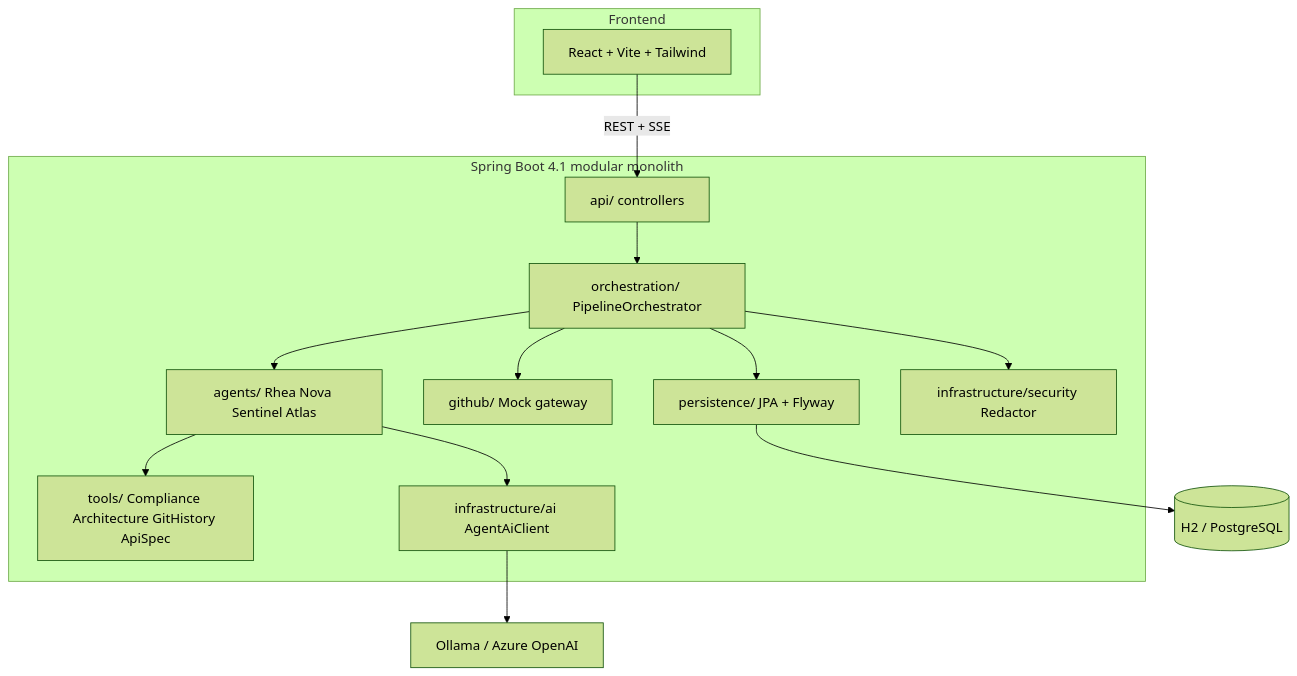
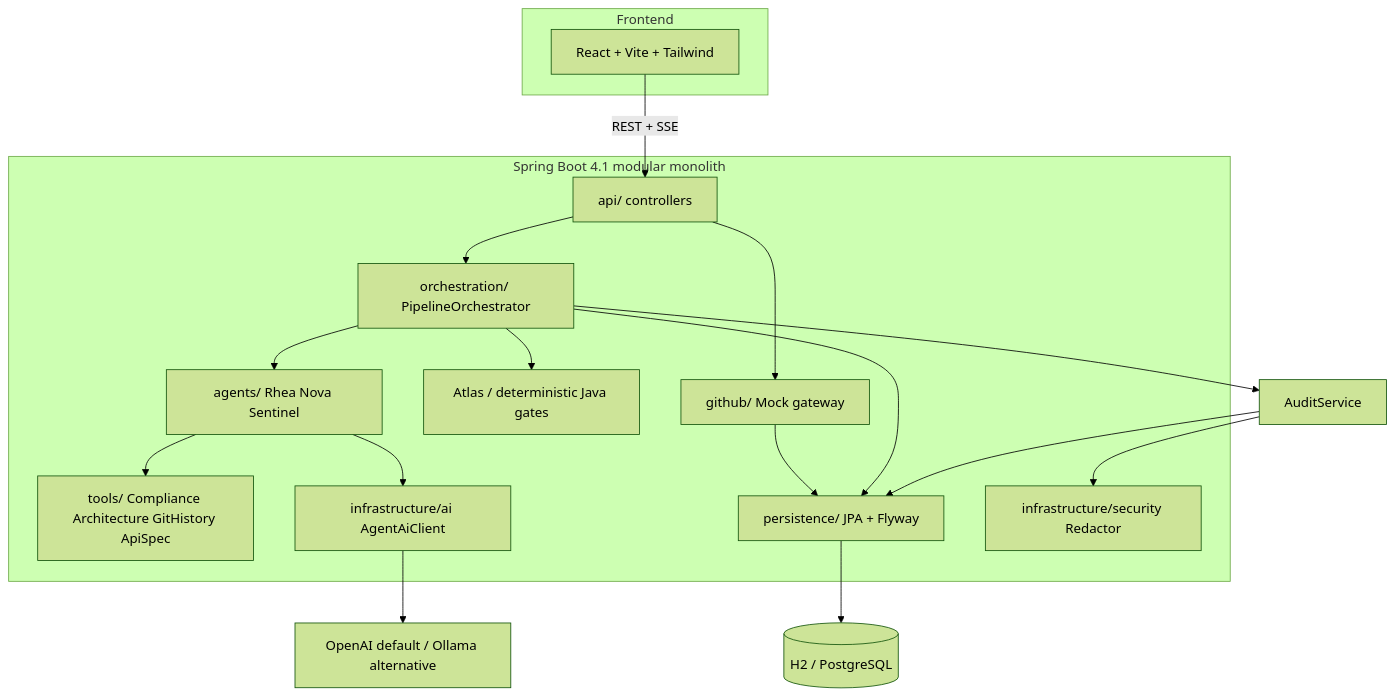
The first of 5 diagrams in docs/architecture.md (harshvishu/enterprise-copilot), drawn with Mermaid (forest theme) before and after one commit. The commit also changed other lines of this file and 39 other files, not shown here.

````diff
--- a/docs/architecture.md
+++ b/docs/architecture.md
@@ -9,28 +9,32 @@
 ```mermaid
 graph TD
 
     subgraph Frontend
         UI[React + Vite + Tailwind]
     end
 
     subgraph Backend[Spring Boot 4.1 modular monolith]
         API[api/ controllers]
         ORCH[orchestration/ PipelineOrchestrator]
-        AG[agents/ Rhea Nova Sentinel Atlas]
+        AG[agents/ Rhea Nova Sentinel]
+        ATLAS[Atlas / deterministic Java gates]
         TOOLS[tools/ Compliance Architecture GitHistory ApiSpec]
         AI[infrastructure/ai AgentAiClient]
         GH[github/ Mock gateway]
         PERSIST[persistence/ JPA + Flyway]
         SEC[infrastructure/security Redactor]
     end
 
     DB[(H2 / PostgreSQL)]
-    LLM[Ollama / Azure OpenAI]
+    LLM[OpenAI default / Ollama alternative]
 
     UI -->|REST + SSE| API --> ORCH --> AG
     AG --> TOOLS
     AG --> AI --> LLM
-    ORCH --> GH
+    ORCH --> ATLAS
+    API --> GH
+    GH --> PERSIST
     ORCH --> PERSIST --> DB
-    ORCH --> SEC
+    ORCH --> AUDIT[AuditService] --> SEC
+    AUDIT --> PERSIST
 ```
````
